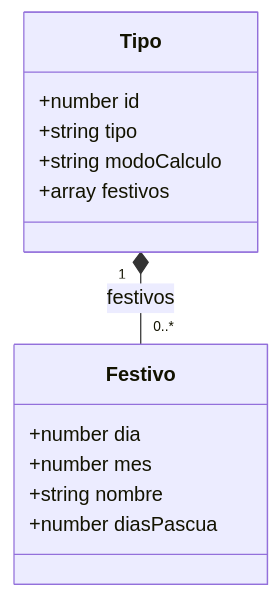
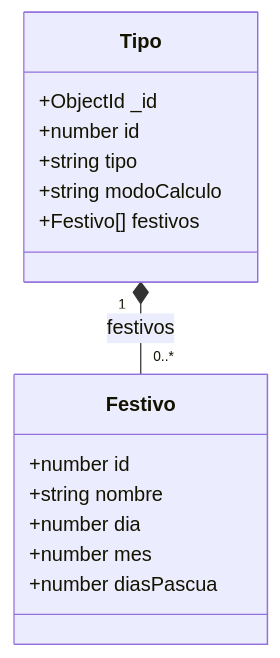
One commit to Agudelo-J-M/taller-uno-arquitectura changed the diagram in diagrama-objetual-api-festivos.md. Above: the diagram before and after it, drawn with Mermaid. The commit also changed other lines of this file and 4 other files, not shown here.

First line of the commit message:
Ajustes a los diagramas y a la base de datos de la API Festivos

````diff
--- a/diagrama-objetual-api-festivos.md
+++ b/diagrama-objetual-api-festivos.md
@@ -15,18 +15,20 @@
 ```mermaid
 classDiagram
     class Tipo {
+        +ObjectId _id
         +number id
         +string tipo
         +string modoCalculo
-        +array festivos
+        +Festivo[] festivos
     }
 
     class Festivo {
+        +number id
+        +string nombre
         +number dia
         +number mes
-        +string nombre
         +number diasPascua
     }
 
     Tipo "1" *-- "0..*" Festivo : festivos
 ```
````
